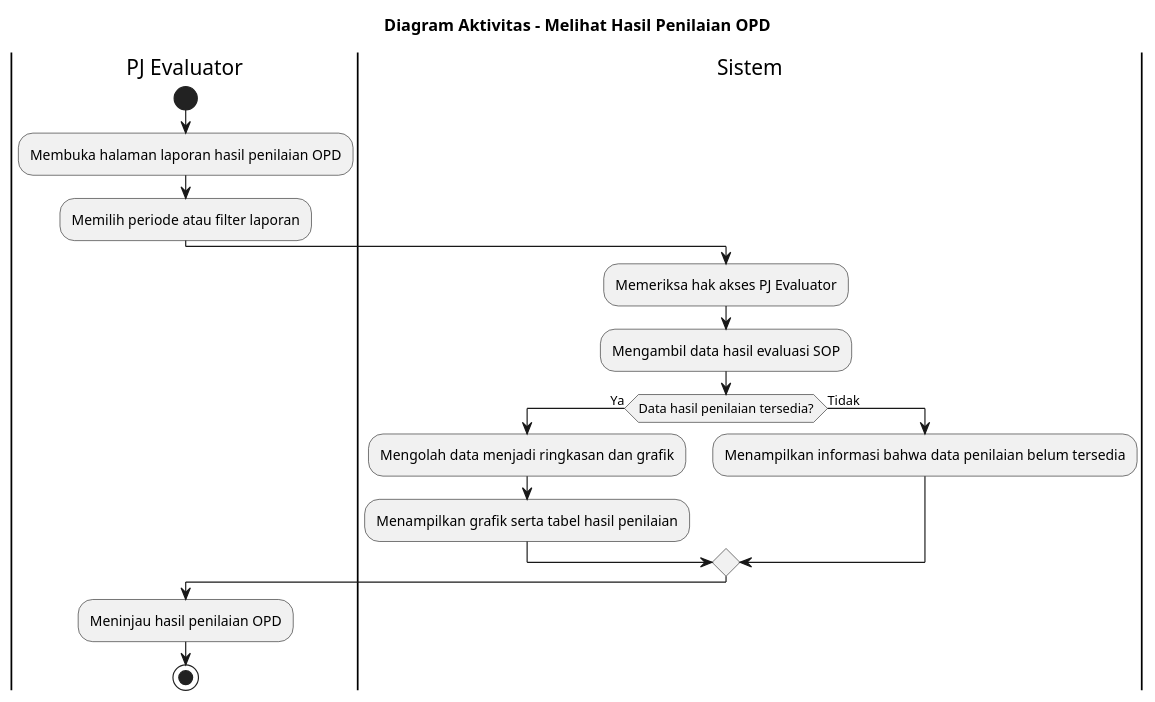
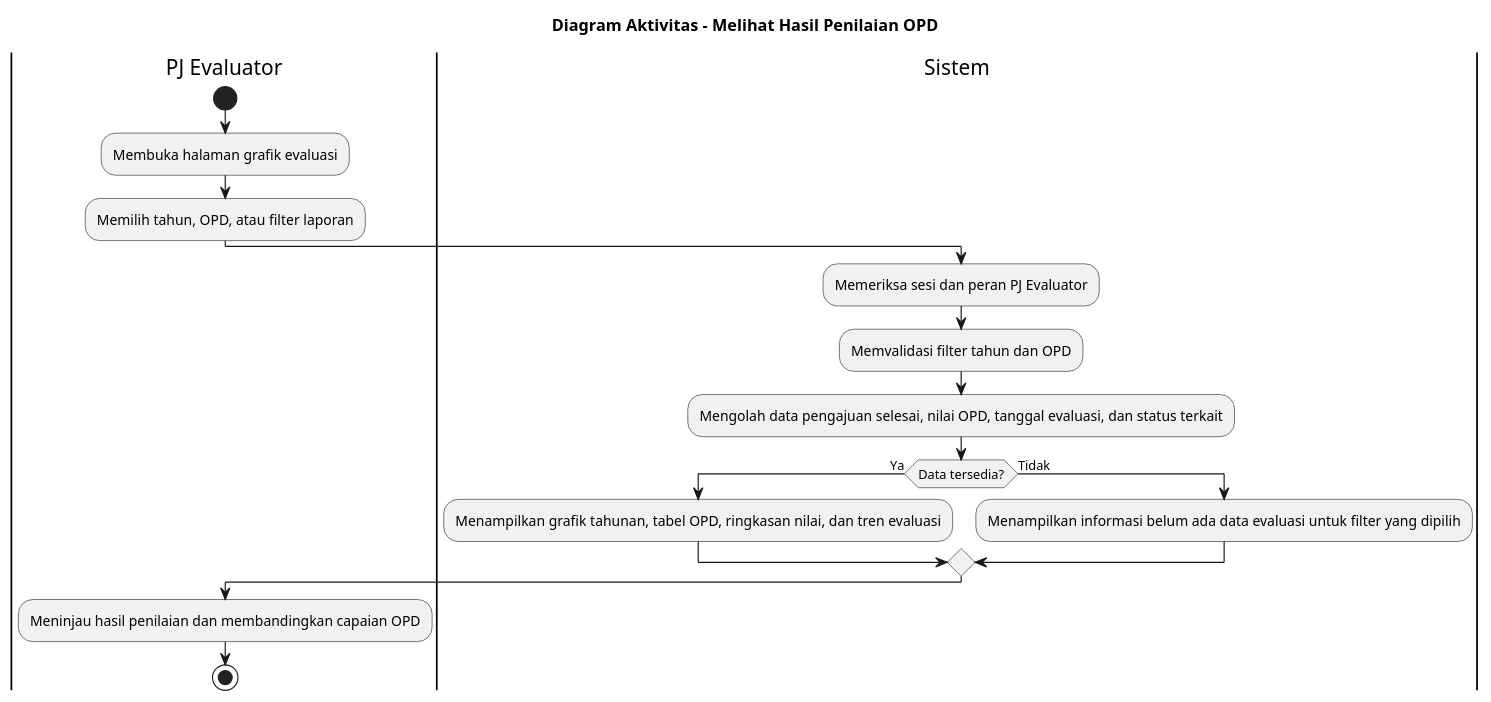
Before and after one commit to howlil/sop-generate-app: the diagram in docs/activity-diagram/lampiran/pj-evaluator-melihat-hasil-penilaian-opd.md, drawn with PlantUML. The commit also changed other lines of this file and 90 other files, not shown here.

````diff
--- a/docs/activity-diagram/lampiran/pj-evaluator-melihat-hasil-penilaian-opd.md
+++ b/docs/activity-diagram/lampiran/pj-evaluator-melihat-hasil-penilaian-opd.md
@@ -16,25 +16,26 @@
 ```plantuml
 @startuml
 title Diagram Aktivitas - Melihat Hasil Penilaian OPD
 
 |PJ Evaluator|
 start
-:Membuka halaman laporan hasil penilaian OPD;
-:Memilih periode atau filter laporan;
+:Membuka halaman grafik evaluasi;
+:Memilih tahun, OPD, atau filter laporan;
 
 |Sistem|
-:Memeriksa hak akses PJ Evaluator;
-:Mengambil data hasil evaluasi SOP;
-if (Data hasil penilaian tersedia?) then (Ya)
-  :Mengolah data menjadi ringkasan dan grafik;
-  :Menampilkan grafik serta tabel hasil penilaian;
+:Memeriksa sesi dan peran PJ Evaluator;
+:Memvalidasi filter tahun dan OPD;
+:Mengolah data pengajuan selesai, nilai OPD, tanggal evaluasi, dan status terkait;
+
+if (Data tersedia?) then (Ya)
+  :Menampilkan grafik tahunan, tabel OPD, ringkasan nilai, dan tren evaluasi;
 else (Tidak)
-  :Menampilkan informasi bahwa data penilaian belum tersedia;
+  :Menampilkan informasi belum ada data evaluasi untuk filter yang dipilih;
 endif
 
 |PJ Evaluator|
-:Meninjau hasil penilaian OPD;
+:Meninjau hasil penilaian dan membandingkan capaian OPD;
 
 stop
 @enduml
 ```
````
